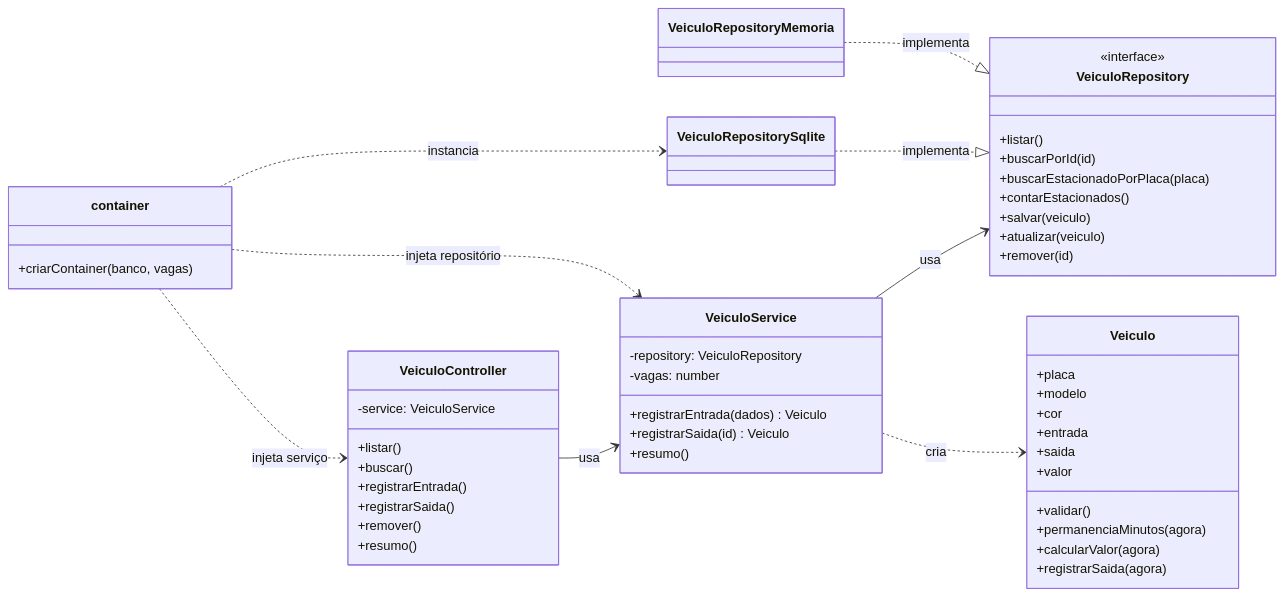
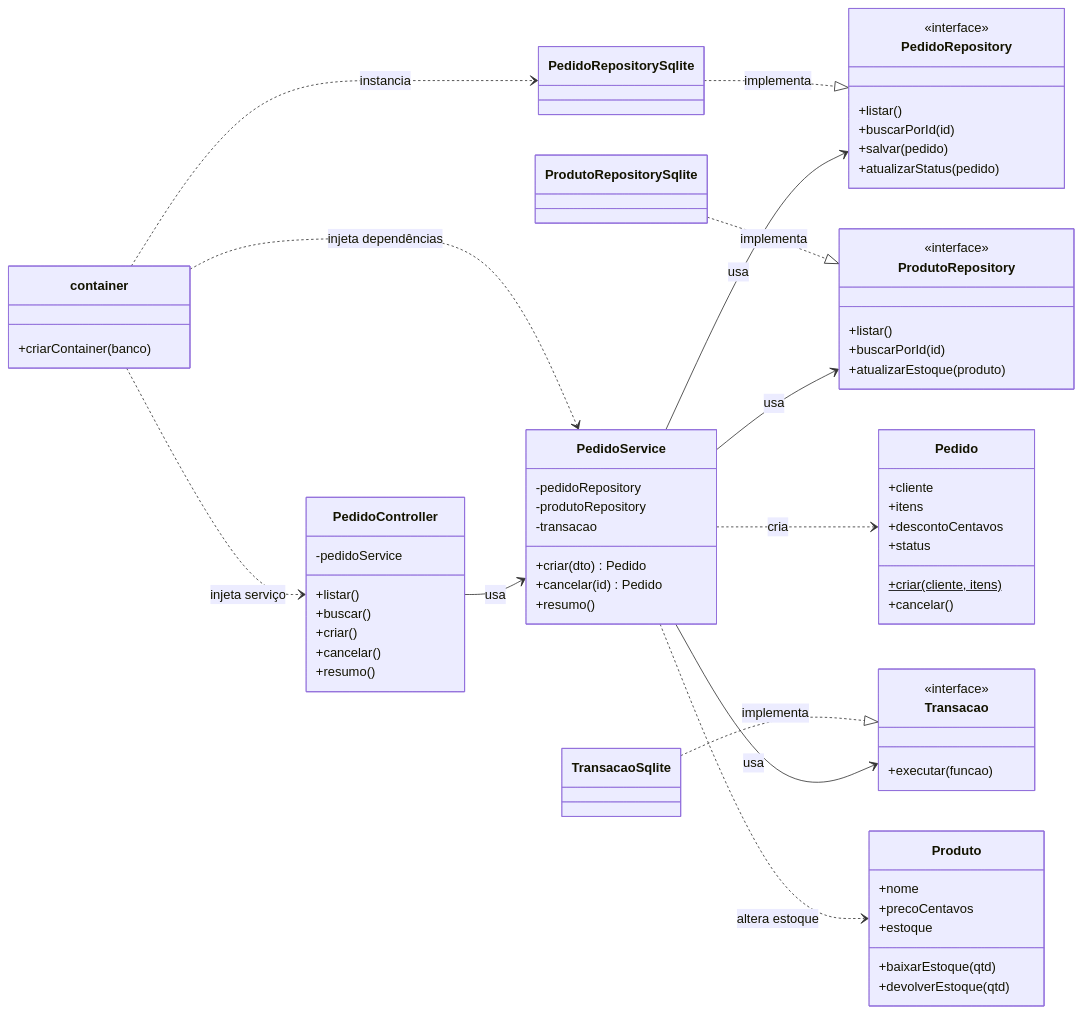
Before and after one commit to LcAllmeida/arquiteturaN3: the fourth of 5 diagrams in docs/diagramas/README.md, drawn with Mermaid. The commit also changed other lines of this file and 36 other files, not shown here.

````diff
--- a/docs/diagramas/README.md
+++ b/docs/diagramas/README.md
@@ -83,56 +92,71 @@
 ```mermaid
 classDiagram
     direction LR
-    class VeiculoController {
-        -service: VeiculoService
+    class PedidoController {
+        -pedidoService
         +listar()
         +buscar()
-        +registrarEntrada()
-        +registrarSaida()
-        +remover()
+        +criar()
+        +cancelar()
         +resumo()
     }
-    class VeiculoService {
-        -repository: VeiculoRepository
-        -vagas: number
-        +registrarEntrada(dados) Veiculo
-        +registrarSaida(id) Veiculo
+    class PedidoService {
+        -pedidoRepository
+        -produtoRepository
+        -transacao
+        +criar(dto) Pedido
+        +cancelar(id) Pedido
         +resumo()
     }
-    class VeiculoRepository {
+    class PedidoRepository {
         <<interface>>
         +listar()
         +buscarPorId(id)
-        +buscarEstacionadoPorPlaca(placa)
-        +contarEstacionados()
-        +salvar(veiculo)
-        +atualizar(veiculo)
-        +remover(id)
+        +salvar(pedido)
+        +atualizarStatus(pedido)
     }
-    class VeiculoRepositorySqlite
-    class VeiculoRepositoryMemoria
-    class Veiculo {
-        +placa
-        +modelo
-        +cor
-        +entrada
-        +saida
-        +valor
-        +validar()
-        +permanenciaMinutos(agora)
-        +calcularValor(agora)
-        +registrarSaida(agora)
+    class ProdutoRepository {
+        <<interface>>
+        +listar()
+        +buscarPorId(id)
+        +atualizarEstoque(produto)
+    }
+    class Transacao {
+        <<interface>>
+        +executar(funcao)
+    }
+    class PedidoRepositorySqlite
+    class ProdutoRepositorySqlite
+    class TransacaoSqlite
+    class Pedido {
+        +cliente
+        +itens
+        +descontoCentavos
+        +status
+        +criar(cliente, itens)$
+        +cancelar()
+    }
+    class Produto {
+        +nome
+        +precoCentavos
+        +estoque
+        +baixarEstoque(qtd)
+        +devolverEstoque(qtd)
     }
     class container {
-        +criarContainer(banco, vagas)
+        +criarContainer(banco)
     }
 
-    VeiculoController --> VeiculoService : usa
-    VeiculoService --> VeiculoRepository : usa
-    VeiculoService ..> Veiculo : cria
-    VeiculoRepositorySqlite ..|> VeiculoRepository : implementa
-    VeiculoRepositoryMemoria ..|> VeiculoRepository : implementa
-    container ..> VeiculoRepositorySqlite : instancia
-    container ..> VeiculoService : injeta repositório
-    container ..> VeiculoController : injeta serviço
+    PedidoController --> PedidoService : usa
+    PedidoService --> PedidoRepository : usa
+    PedidoService --> ProdutoRepository : usa
+    PedidoService --> Transacao : usa
+    PedidoService ..> Pedido : cria
+    PedidoService ..> Produto : altera estoque
+    PedidoRepositorySqlite ..|> PedidoRepository : implementa
+    ProdutoRepositorySqlite ..|> ProdutoRepository : implementa
+    TransacaoSqlite ..|> Transacao : implementa
+    container ..> PedidoRepositorySqlite : instancia
+    container ..> PedidoService : injeta dependências
+    container ..> PedidoController : injeta serviço
 ```
````
